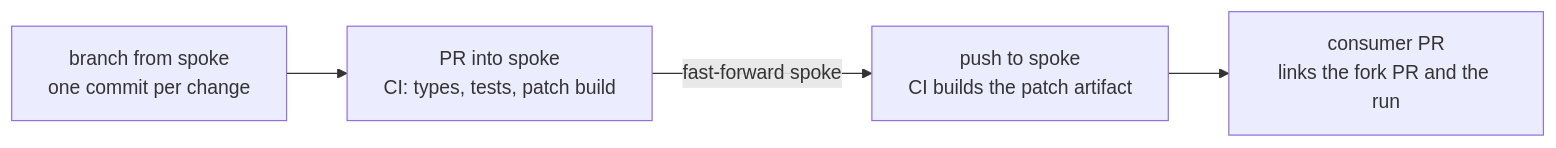
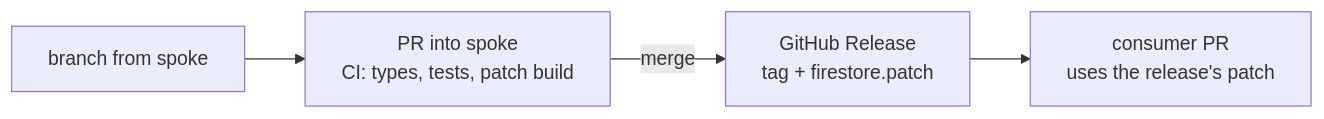
One commit to getcircuit/firebase-js-sdk changed the second of 2 diagrams in spoke-patch/README.md. Above: the diagram before and after it, drawn with Mermaid. The commit also changed other lines of this file and 2 other files, not shown here.

First line of the commit message:
Release the patch on every push to spoke (#9)

````diff
--- a/spoke-patch/README.md
+++ b/spoke-patch/README.md
@@ -92,6 +92,6 @@
 ```mermaid
 flowchart LR
-  A["branch from spoke<br/>one commit per change"] --> B["PR into spoke<br/>CI: types, tests, patch build"]
-  B -->|"fast-forward spoke"| C["push to spoke<br/>CI builds the patch artifact"]
-  C --> D["consumer PR<br/>links the fork PR and the run"]
+  A["branch from spoke"] --> B["PR into spoke<br/>CI: types, tests, patch build"]
+  B -->|merge| C["GitHub Release<br/>tag + firestore.patch"]
+  C --> D["consumer PR<br/>uses the release's patch"]
 ```
````
